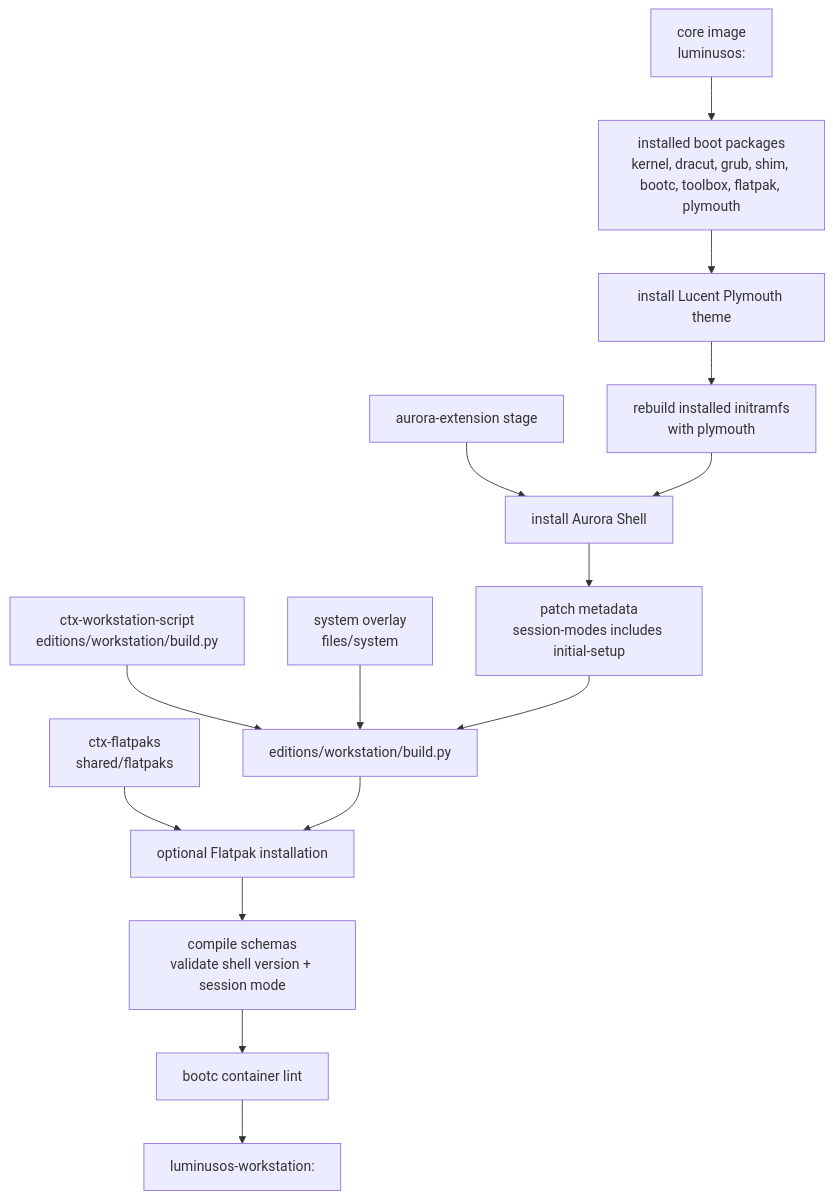
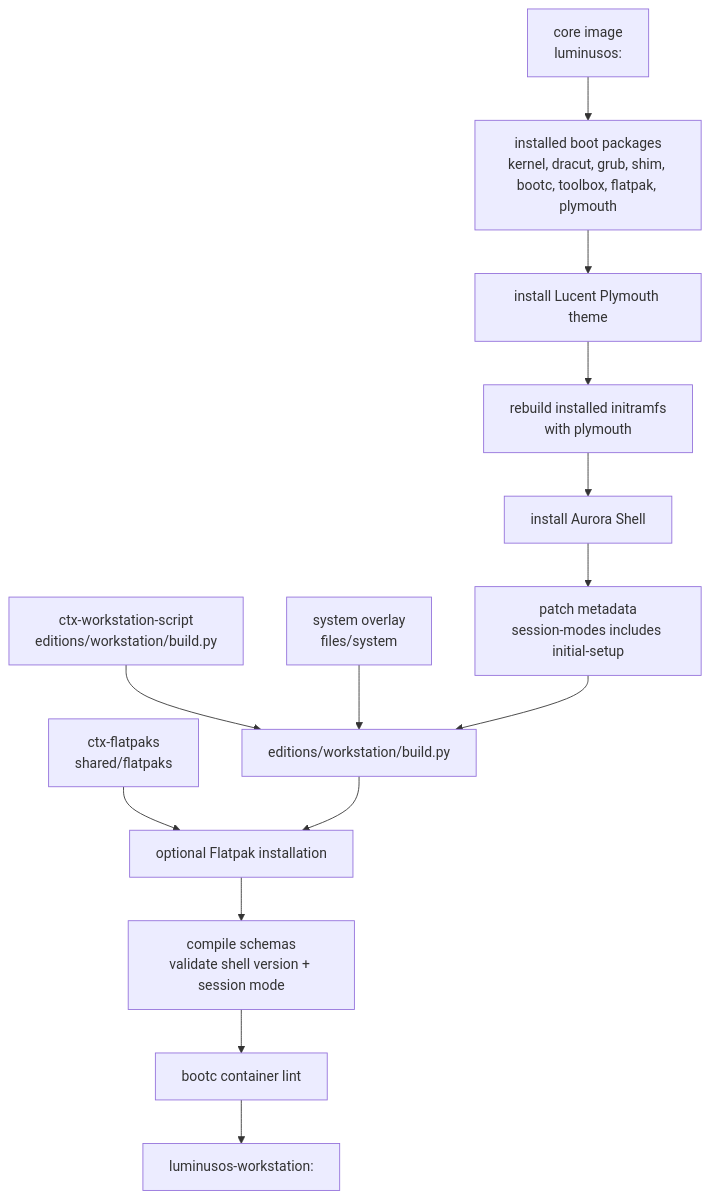
Before and after one commit to luminusOS/images: the fourth of 14 diagrams in ARCHITECTURE.md, drawn with Mermaid. The commit also changed other lines of this file and 10 other files, not shown here.

````diff
--- a/ARCHITECTURE.md
+++ b/ARCHITECTURE.md
@@ -229,25 +224,23 @@
 ```mermaid
 flowchart TD
     ScriptCtx["ctx-workstation-script<br/>editions/workstation/build.py"]
     FlatpakCtx["ctx-flatpaks<br/>shared/flatpaks"]
     FilesCtx["system overlay<br/>files/system"]
-    AuroraStage["aurora-extension stage"]
     CoreImage["core image<br/>luminusos:<tag>"]
     BootPkgs["installed boot packages<br/>kernel, dracut, grub, shim, bootc, toolbox, flatpak, plymouth"]
     Plymouth["install Lucent Plymouth theme"]
     Dracut["rebuild installed initramfs<br/>with plymouth"]
     CopyAurora["install Aurora Shell"]
     PatchAurora["patch metadata<br/>session-modes includes initial-setup"]
     GnomeBuild["editions/workstation/build.py"]
     Flatpaks["optional Flatpak installation"]
     ValidateAurora["compile schemas<br/>validate shell version + session mode"]
     Lint["bootc container lint"]
     Output["luminusos-workstation:<tag>"]
 
     ScriptCtx --> GnomeBuild
     FilesCtx --> GnomeBuild
     FlatpakCtx --> Flatpaks
-    AuroraStage --> CopyAurora
     CoreImage --> BootPkgs --> Plymouth --> Dracut --> CopyAurora --> PatchAurora --> GnomeBuild
     GnomeBuild --> Flatpaks --> ValidateAurora --> Lint --> Output
 ```
````
